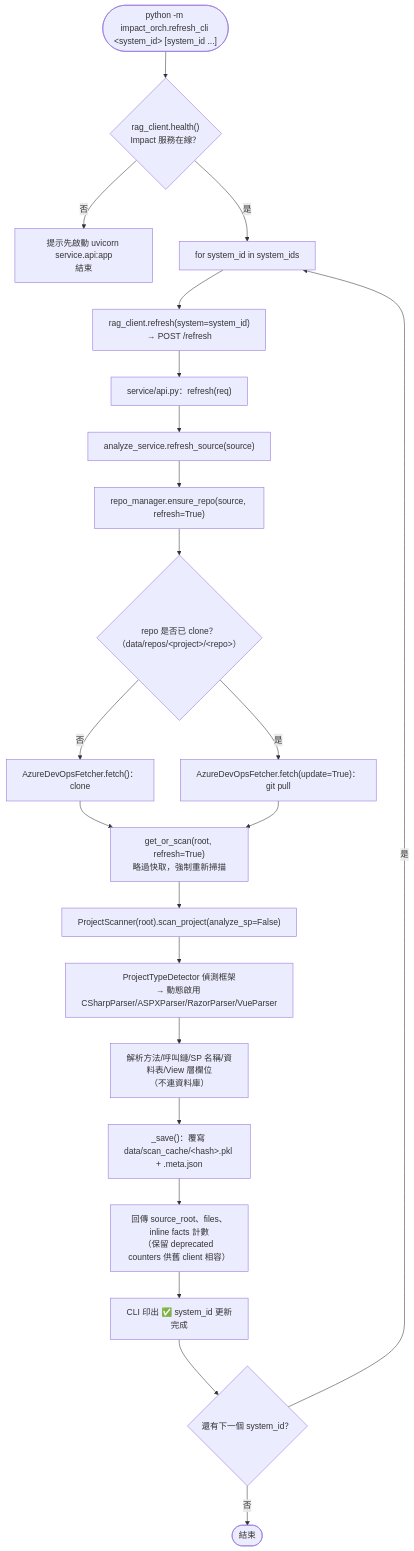
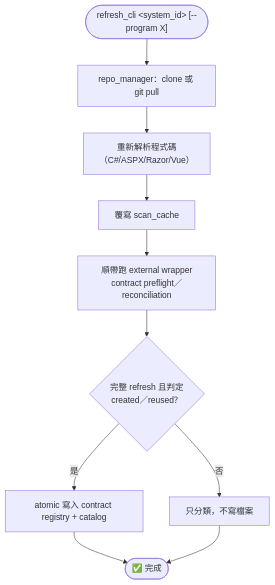
Before and after one commit to vy088772/Impact_analysis_system: the third of 4 diagrams in docs/流程圖.md, drawn with Mermaid. The commit also changed other lines of this file and 77 other files, not shown here.

````diff
--- a/docs/流程圖.md
+++ b/docs/流程圖.md
@@ -308,28 +74,12 @@
 ```mermaid
 flowchart TD
-    Start(["python -m impact_orch.refresh_cli &lt;system_id&gt; [system_id ...]"]) --> Health{"rag_client.health()<br/>Impact 服務在線？"}
-    Health -- 否 --> Fail["提示先啟動 uvicorn service.api:app<br/>結束"]
-    Health -- 是 --> Loop["for system_id in system_ids"]
-
-    Loop --> Call["rag_client.refresh(system=system_id)<br/>→ POST /refresh"]
-    Call --> Api["service/api.py：refresh(req)"]
-    Api --> RS["analyze_service.refresh_source(source)"]
-
-    RS --> Ensure["repo_manager.ensure_repo(source, refresh=True)"]
-    Ensure --> Cloned{"repo 是否已 clone？<br/>（data/repos/&lt;project&gt;/&lt;repo&gt;）"}
-    Cloned -- 否 --> Clone["AzureDevOpsFetcher.fetch()：clone"]
-    Cloned -- 是 --> Pull["AzureDevOpsFetcher.fetch(update=True)：git pull"]
-    Clone --> Scan
-    Pull --> Scan
-
-    Scan["get_or_scan(root, refresh=True)<br/>略過快取，強制重新掃描"] --> Parser["ProjectScanner(root).scan_project(analyze_sp=False)"]
-    Parser --> Detect["ProjectTypeDetector 偵測框架<br/>→ 動態啟用 CSharpParser/ASPXParser/RazorParser/VueParser"]
-    Detect --> Extract["解析方法/呼叫鏈/SP 名稱/資料表/View 層欄位<br/>（不連資料庫）"]
-    Extract --> Save["_save()：覆寫 data/scan_cache/&lt;hash&gt;.pkl + .meta.json"]
-
-    Save --> Resp["回傳 source_root、files、inline facts 計數<br/>（保留 deprecated counters 供舊 client 相容）"]
-    Resp --> Print["CLI 印出 ✅ system_id 更新完成"]
-    Print --> NextCheck{"還有下一個 system_id？"}
-    NextCheck -- 是 --> Loop
-    NextCheck -- 否 --> End(["結束"])
+    Start(["refresh_cli &lt;system_id&gt; [--program X]"]) --> Ensure["repo_manager：clone 或 git pull"]
+    Ensure --> Scan["重新解析程式碼<br/>（C#/ASPX/Razor/Vue）"]
+    Scan --> Save["覆寫 scan_cache"]
+    Save --> Preflight["順帶跑 external wrapper<br/>contract preflight／reconciliation"]
+    Preflight --> Commit{"完整 refresh 且判定<br/>created／reused？"}
+    Commit -- 是 --> Write["atomic 寫入 contract registry + catalog"]
+    Commit -- 否 --> Skip["只分類，不寫檔案"]
+    Write --> Done(["✅ 完成"])
+    Skip --> Done
 ```
````
